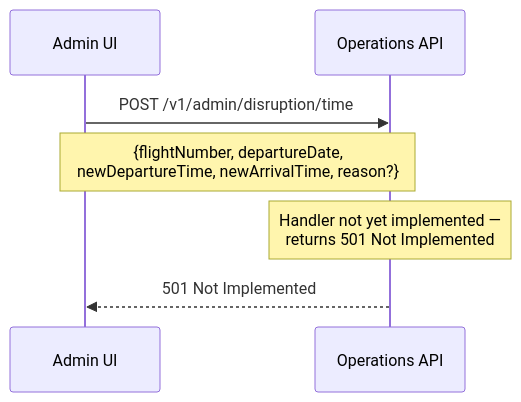
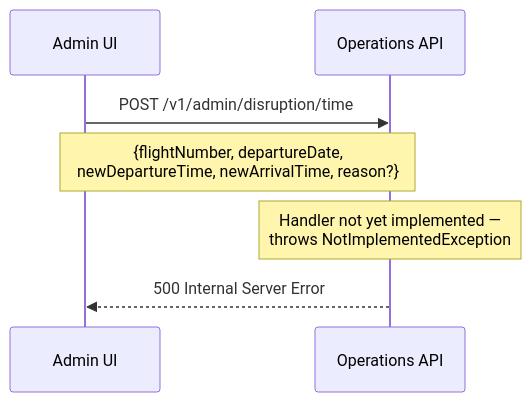
The seventh of 7 diagrams in documentation/sequences/disruption.md (sebharvey/airline-reservation-system), drawn with Mermaid before and after one commit. The commit also changed other lines of this file and 11 other files, not shown here.

````diff
--- a/documentation/sequences/disruption.md
+++ b/documentation/sequences/disruption.md
@@ -169,10 +224,10 @@
 ```mermaid
 sequenceDiagram
     participant Terminal as Admin UI
     participant OpsAPI as Operations API
 
     Terminal->>OpsAPI: POST /v1/admin/disruption/time
     Note over Terminal,OpsAPI: {flightNumber, departureDate,<br/>newDepartureTime, newArrivalTime, reason?}
-    Note over OpsAPI: Handler not yet implemented —<br/>returns 501 Not Implemented
-    OpsAPI-->>Terminal: 501 Not Implemented
+    Note over OpsAPI: Handler not yet implemented —<br/>throws NotImplementedException
+    OpsAPI-->>Terminal: 500 Internal Server Error
 ```
````
